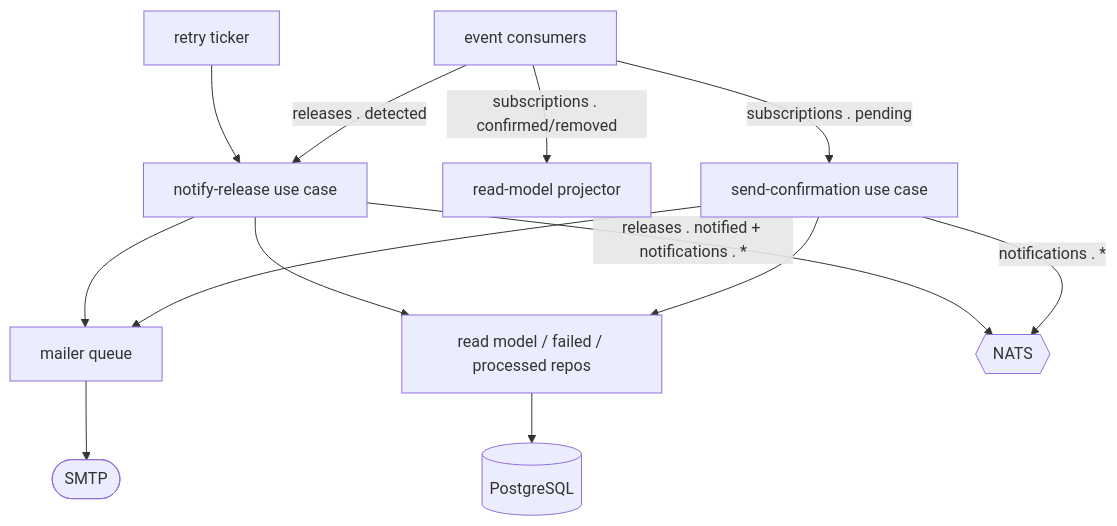
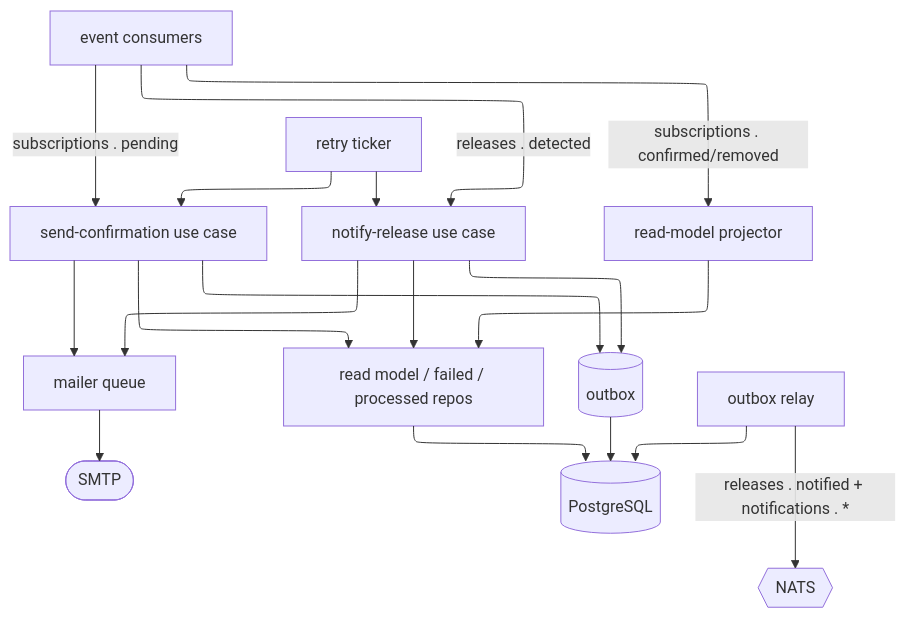
One commit to GenesisEducationKyiv/software-engineering-school-6-0-mzabrodin changed the fourth of 13 diagrams in docs/SDD.md. Above: the diagram before and after it, drawn with Mermaid. The commit also changed other lines of this file, not shown here.

Commit message:
docs(sdd): document system architecture and saga-orchestrator

````diff
--- a/docs/SDD.md
+++ b/docs/SDD.md
@@ -91,15 +154,16 @@
 ```mermaid
+%%{init: {"flowchart": {"defaultRenderer": "elk"}} }%%
 flowchart TB
-    Cons[event consumers] -->|subscriptions . pending| Conf[send-confirmation use case]
-    Cons -->|subscriptions . confirmed/removed| RM[read-model projector]
-    Retry[retry ticker] --> Rel
-    Cons -->|releases . detected| Rel[notify-release use case]
-    Rel --> Mailer
-    Conf --> Mailer[mailer queue]
-    Rel --> Repo[read model / failed / processed repos]
-    Conf --> Repo
-    Mailer --> SMTP([SMTP])
-    Repo --> DB[(PostgreSQL)]
-    Rel -->|releases . notified + notifications . *| NATS{{NATS}}
-    Conf -->|notifications . *| NATS
+    Retry["retry ticker"] --> Conf["send-confirmation use case"] & Rel["notify-release use case"]
+    Cons["event consumers"] -- " subscriptions . pending " --> Conf
+    Cons -- " subscriptions . confirmed/removed " --> RM["read-model projector"]
+    Cons -- " releases . detected " --> Rel
+    Rel --> Mailer["mailer queue"] & Repo["read model / failed / processed repos"] & Outbox[("outbox")]
+    Conf --> Mailer & Repo & Outbox
+    RM --> Repo
+    Mailer --> SMTP(["SMTP"])
+    Repo --> DB[("PostgreSQL")]
+    Outbox --> DB
+    Relay["outbox relay"] --> DB
+    Relay -- " releases . notified + notifications . * " --> NATS{{"NATS"}}
 ```
````
